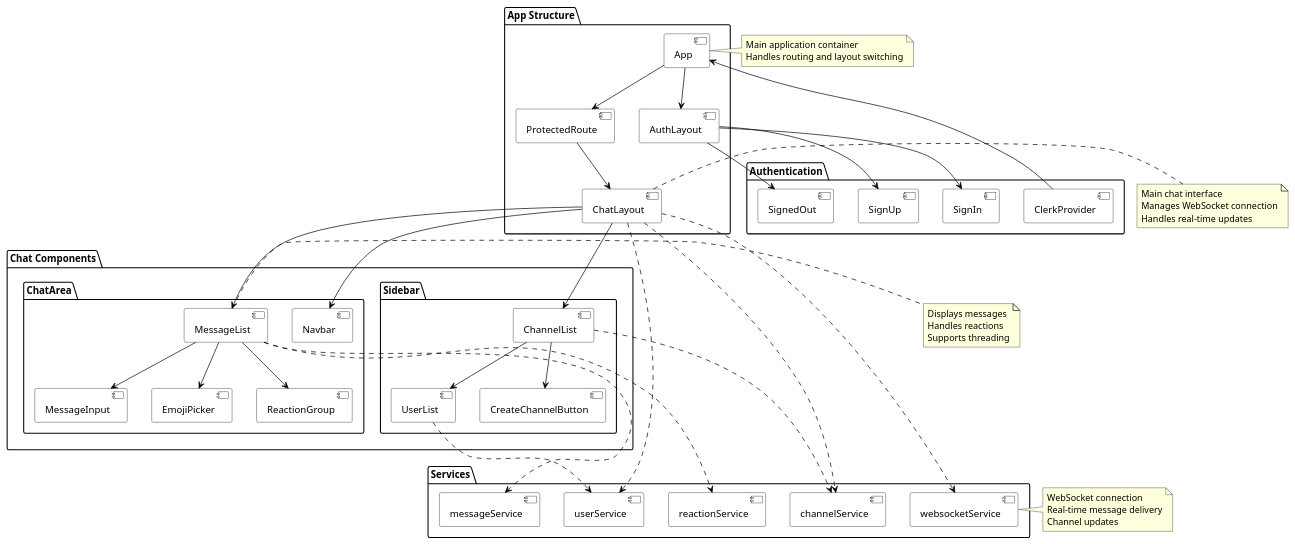
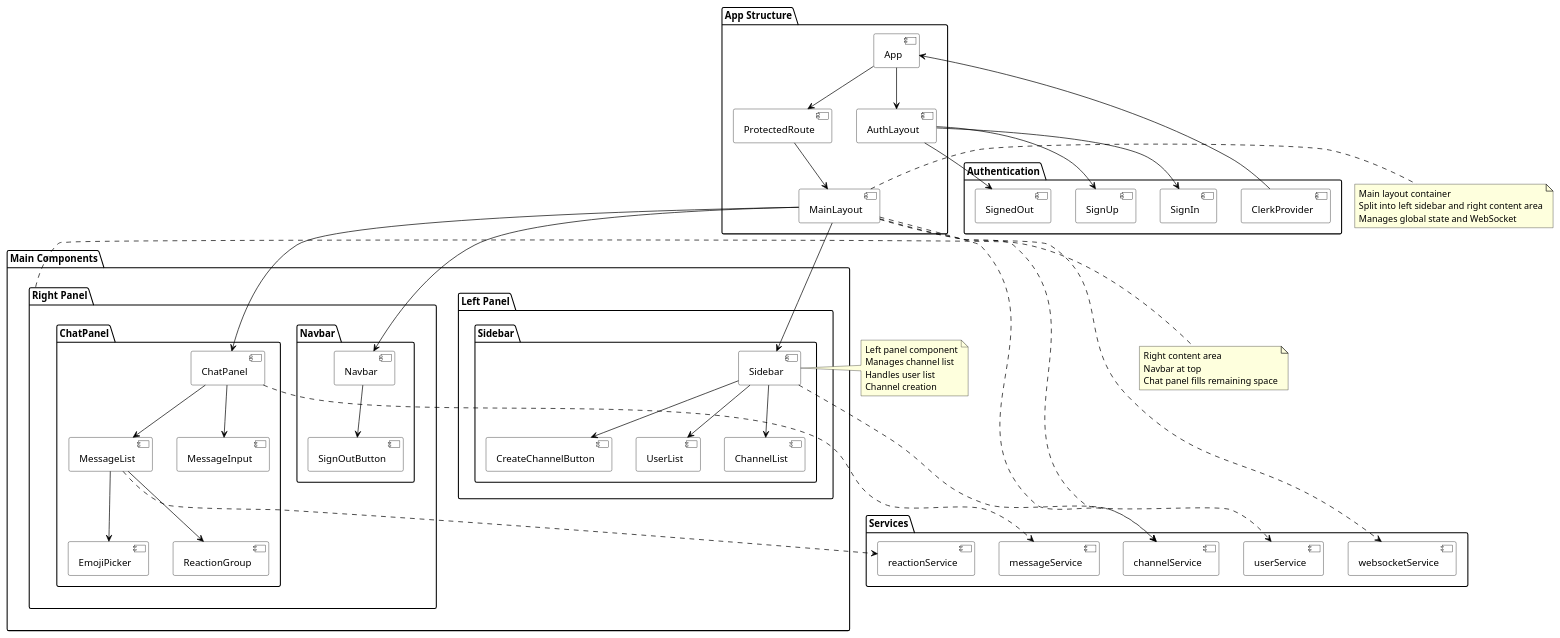
The diagram in documentation/frontend_components.puml (agus-biondi/chatgenius), drawn with PlantUML before and after one commit. The commit also changed 21 other files, not shown here.

```diff
--- a/documentation/frontend_components.puml
+++ b/documentation/frontend_components.puml
@@ -1,106 +1,116 @@
 @startuml Frontend Component Hierarchy
 
 skinparam backgroundColor white
 skinparam handwritten false
 skinparam component {
     BackgroundColor White
     BorderColor Black
     ArrowColor Black
 }
 
 package "App Structure" {
     [App] as app
     [ProtectedRoute] as protectedRoute
     [AuthLayout] as authLayout
-    [ChatLayout] as chatLayout
+    [MainLayout] as mainLayout
 }
 
 package "Authentication" {
     [SignIn] as signIn
     [SignUp] as signUp
     [SignedOut] as signedOut
     [ClerkProvider] as clerkProvider
 }
 
-package "Chat Components" {
-    package "Sidebar" {
-        [ChannelList] as channelList
-        [CreateChannelButton] as createChannel
-        [UserList] as userList
+package "Main Components" {
+    package "Left Panel" {
+        package "Sidebar" {
+            [Sidebar] as sidebar
+            [ChannelList] as channelList
+            [CreateChannelButton] as createChannel
+            [UserList] as userList
+        }
     }
     
-    package "ChatArea" {
-        [Navbar] as navbar
-        [MessageList] as messageList
-        [MessageInput] as messageInput
-        [EmojiPicker] as emojiPicker
-        [ReactionGroup] as reactionGroup
+    package "Right Panel" {
+        package "Navbar" {
+            [Navbar] as navbar
+            [SignOutButton] as signOutButton
+        }
+
+        package "ChatPanel" {
+            [ChatPanel] as chatPanel
+            [MessageList] as messageList
+            [MessageInput] as messageInput
+            [EmojiPicker] as emojiPicker
+            [ReactionGroup] as reactionGroup
+        }
     }
 }
 
 package "Services" {
     [channelService] as channelSvc
     [messageService] as messageSvc
     [websocketService] as wsSvc
     [userService] as userSvc
     [reactionService] as reactionSvc
 }
 
 ' Main Structure
 clerkProvider --> app
 app --> protectedRoute
-protectedRoute --> chatLayout
+protectedRoute --> mainLayout
 app --> authLayout
 
 ' Auth Flow
 authLayout --> signIn
 authLayout --> signUp
 authLayout --> signedOut
 
-' Chat Layout Structure
-chatLayout --> channelList
-chatLayout --> messageList
-chatLayout --> navbar
+' Main Layout Structure
+mainLayout --> sidebar
+mainLayout --> navbar
+mainLayout --> chatPanel
 
 ' Sidebar Components
-channelList --> createChannel
-channelList --> userList
+sidebar --> channelList
+sidebar --> createChannel
+sidebar --> userList
 
-' Chat Area Components
-messageList --> messageInput
+' Chat Panel Components
+chatPanel --> messageList
+chatPanel --> messageInput
 messageList --> emojiPicker
 messageList --> reactionGroup
 
+' Navbar Components
+navbar --> signOutButton
+
 ' Service Dependencies
-chatLayout ..> channelSvc
-chatLayout ..> wsSvc
-chatLayout ..> userSvc
-messageList ..> messageSvc
+mainLayout ..> channelSvc
+mainLayout ..> wsSvc
+mainLayout ..> userSvc
+chatPanel ..> messageSvc
 messageList ..> reactionSvc
-channelList ..> channelSvc
-userList ..> userSvc
+sidebar ..> channelSvc
 
-note right of app
-  Main application container
-  Handles routing and layout switching
+note right of mainLayout
+  Main layout container
+  Split into left sidebar and right content area
+  Manages global state and WebSocket
 end note
 
-note right of chatLayout
-  Main chat interface
-  Manages WebSocket connection
-  Handles real-time updates
+note right of sidebar
+  Left panel component
+  Manages channel list
+  Handles user list
+  Channel creation
 end note
 
-note right of messageList
-  Displays messages
-  Handles reactions
-  Supports threading
-end note
-
-note right of wsSvc
-  WebSocket connection
-  Real-time message delivery
-  Channel updates
+note right of "Right Panel"
+  Right content area
+  Navbar at top
+  Chat panel fills remaining space
 end note
 
 @enduml 
```
